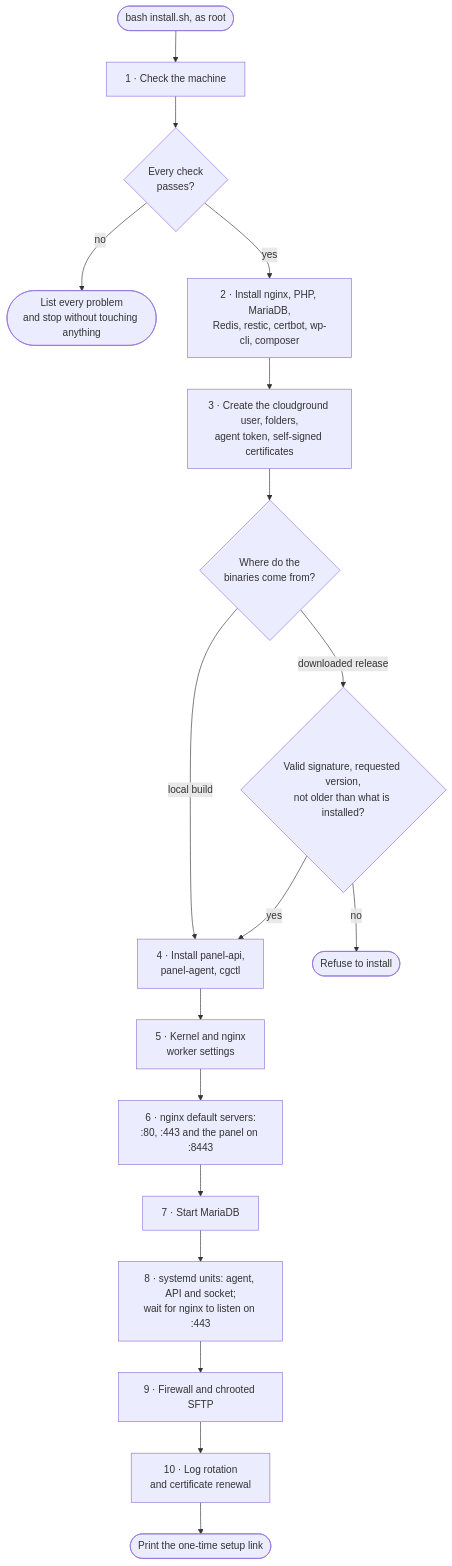
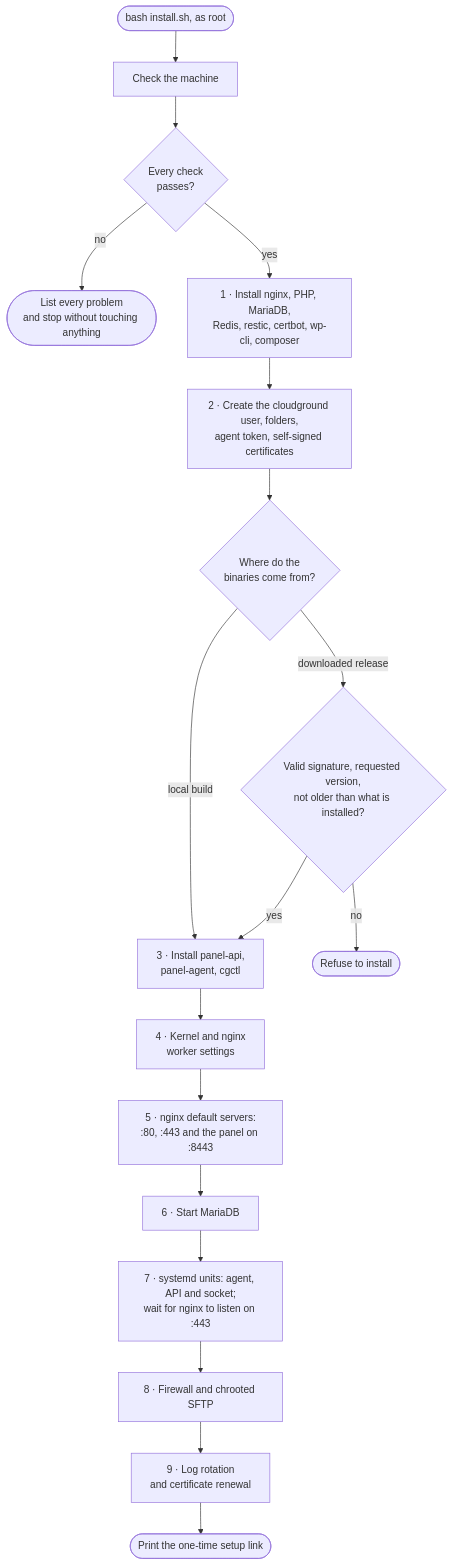
One commit to cloudground-it/cloudground-docs changed the diagram in i18n/en/docusaurus-plugin-content-docs/current/explanation/installation.mdx. Above: the diagram before and after it, drawn with Mermaid. The commit also changed other lines of this file and 105 other files, not shown here.

````diff
--- a/i18n/en/docusaurus-plugin-content-docs/current/explanation/installation.mdx
+++ b/i18n/en/docusaurus-plugin-content-docs/current/explanation/installation.mdx
@@ -17,20 +17,20 @@
 ```mermaid
 flowchart TD
-  start(["bash install.sh, as root"]) --> check["1 · Check the machine"]
+  start(["bash install.sh, as root"]) --> check["Check the machine"]
   check --> ok{"Every check<br/>passes?"}
   ok -- "no" --> stop(["List every problem<br/>and stop without touching anything"])
-  ok -- "yes" --> pkgs["2 · Install nginx, PHP, MariaDB,<br/>Redis, restic, certbot, wp-cli, composer"]
-  pkgs --> users["3 · Create the cloudground user, folders,<br/>agent token, self-signed certificates"]
+  ok -- "yes" --> pkgs["1 · Install nginx, PHP, MariaDB,<br/>Redis, restic, certbot, wp-cli, composer"]
+  pkgs --> users["2 · Create the cloudground user, folders,<br/>agent token, self-signed certificates"]
   users --> src{"Where do the<br/>binaries come from?"}
-  src -- "local build" --> bins["4 · Install panel-api,<br/>panel-agent, cgctl"]
+  src -- "local build" --> bins["3 · Install panel-api,<br/>panel-agent, cgctl"]
   src -- "downloaded release" --> verify{"Valid signature, requested version,<br/>not older than what is installed?"}
   verify -- "no" --> refuse(["Refuse to install"])
   verify -- "yes" --> bins
-  bins --> kernel["5 · Kernel and nginx<br/>worker settings"]
-  kernel --> nginx["6 · nginx default servers:<br/>:80, :443 and the panel on :8443"]
-  nginx --> maria["7 · Start MariaDB"]
-  maria --> svc["8 · systemd units: agent, API and socket;<br/>wait for nginx to listen on :443"]
-  svc --> fw["9 · Firewall and chrooted SFTP"]
-  fw --> rot["10 · Log rotation<br/>and certificate renewal"]
+  bins --> kernel["4 · Kernel and nginx<br/>worker settings"]
+  kernel --> nginx["5 · nginx default servers:<br/>:80, :443 and the panel on :8443"]
+  nginx --> maria["6 · Start MariaDB"]
+  maria --> svc["7 · systemd units: agent, API and socket;<br/>wait for nginx to listen on :443"]
+  svc --> fw["8 · Firewall and chrooted SFTP"]
+  fw --> rot["9 · Log rotation<br/>and certificate renewal"]
   rot --> link(["Print the one-time setup link"])
 ```
````
